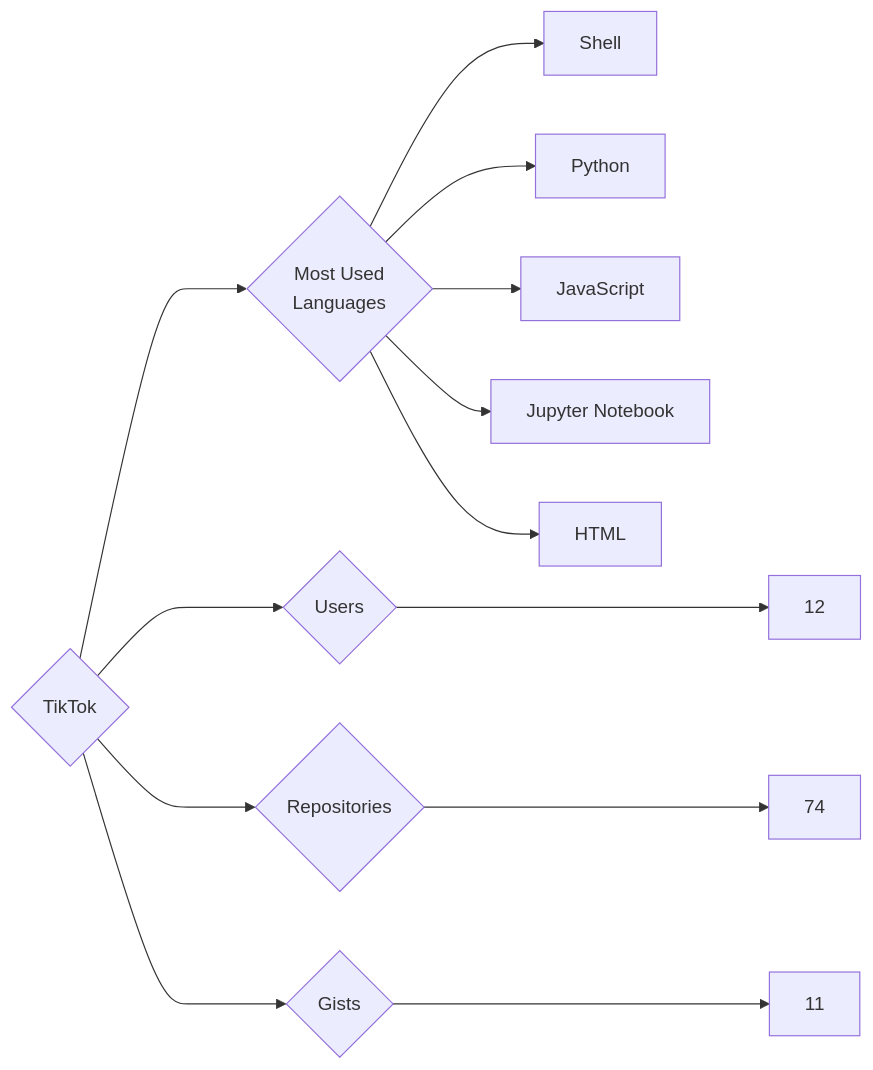
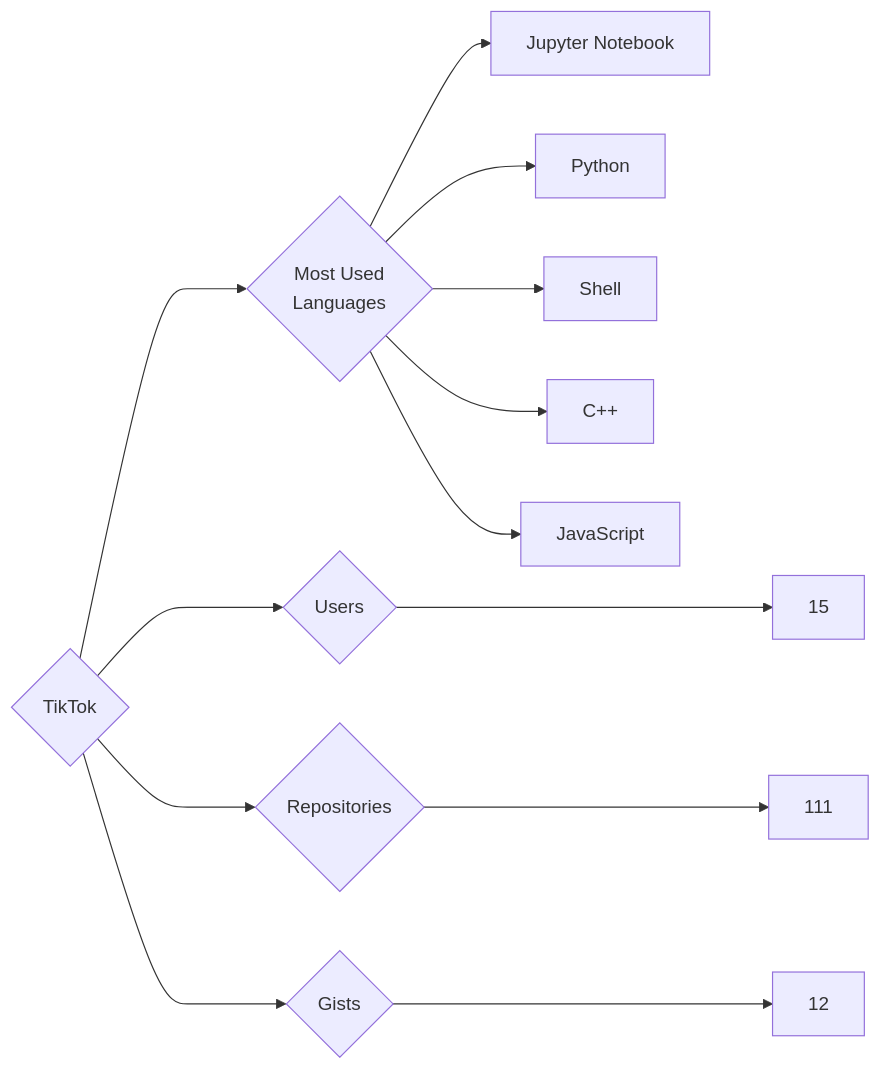
The diagram in targets/TikTok/README.md (trickest/insiders), drawn with Mermaid before and after one commit. The commit also changed 695 other files, not shown here.

````diff
--- a/targets/TikTok/README.md
+++ b/targets/TikTok/README.md
@@ -3,13 +3,13 @@
 ```mermaid
 graph LR
 COMPANY_NAME{TikTok}
-COMPANY_NAME ---> U{Users} ---> UN[12]
-COMPANY_NAME ---> R{Repositories} ---> RN[74]
-COMPANY_NAME ---> G{Gists} ---> GN[11]
+COMPANY_NAME ---> U{Users} ---> UN[15]
+COMPANY_NAME ---> R{Repositories} ---> RN[111]
+COMPANY_NAME ---> G{Gists} ---> GN[12]
 COMPANY_NAME ---> ML{Most Used<br>Languages}
+ML --> Jupyter_Notebook[Jupyter Notebook]
+ML --> Python[Python]
 ML --> Shell[Shell]
-ML --> Python[Python]
+ML --> C++[C++]
 ML --> JavaScript[JavaScript]
-ML --> Jupyter_Notebook[Jupyter Notebook]
-ML --> HTML[HTML]
 ```
````
